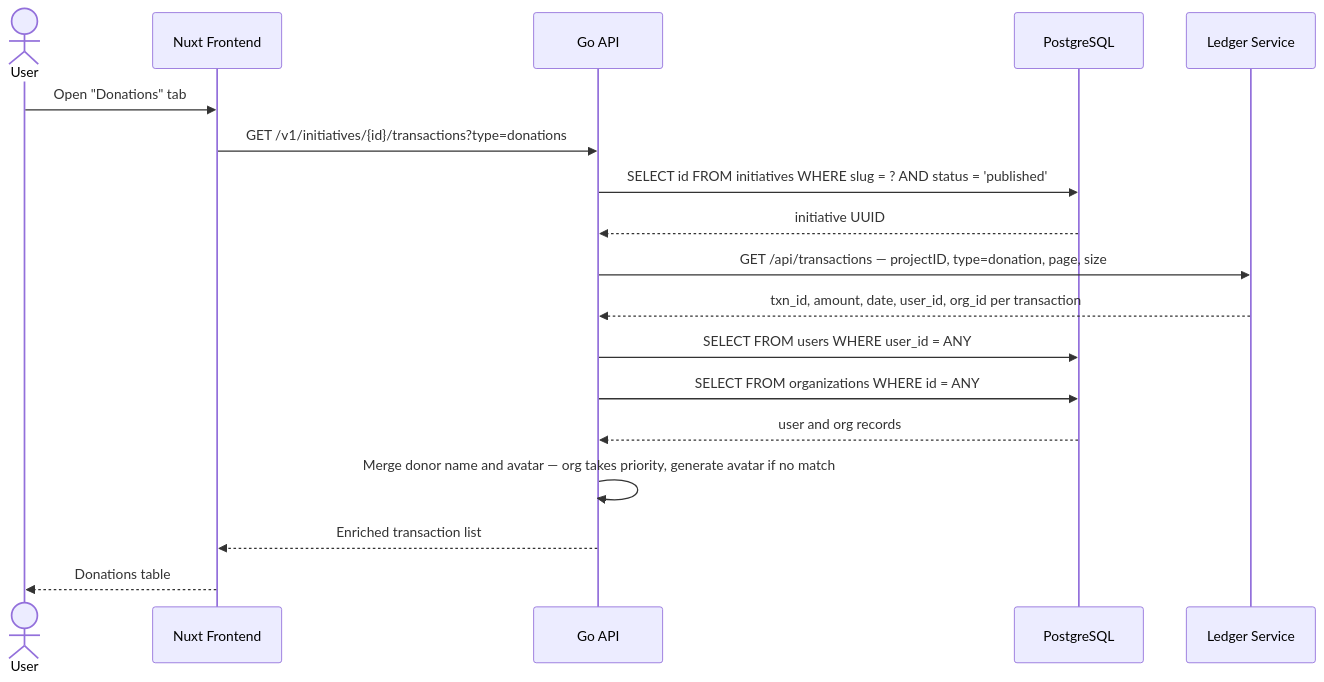
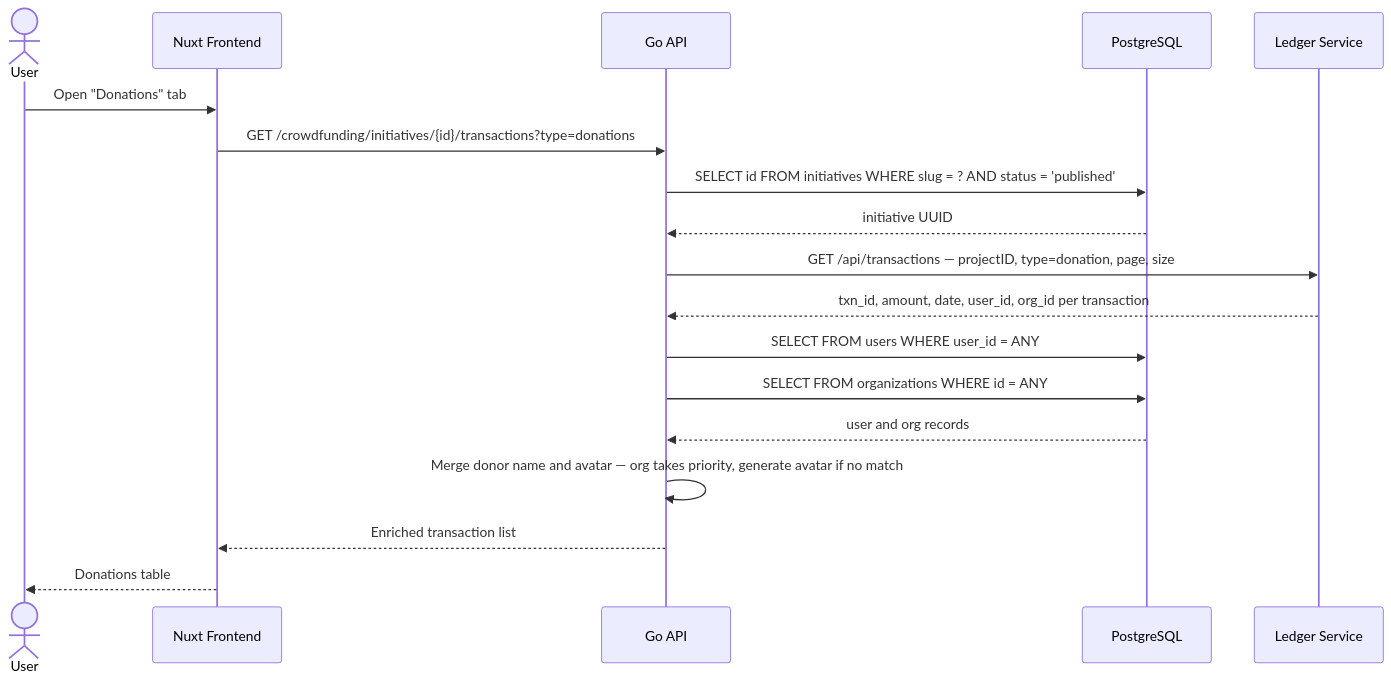
Before and after one commit to linuxfoundation/lfx-crowdfunding: the seventh of 8 diagrams in docs/architecture.md, drawn with Mermaid. The commit also changed other lines of this file and 92 other files, not shown here.

First line of the commit message:
feat(api): namespace all endpoints under /crowdfunding/

````diff
--- a/docs/architecture.md
+++ b/docs/architecture.md
@@ -370,21 +370,21 @@
 ```mermaid
 sequenceDiagram
     actor User
     participant FE as Nuxt Frontend
     participant API as Go API
     participant DB as PostgreSQL
     participant Ledger as Ledger Service
 
     User->>FE: Open "Donations" tab
-    FE->>API: GET /v1/initiatives/{id}/transactions?type=donations
+    FE->>API: GET /crowdfunding/initiatives/{id}/transactions?type=donations
     API->>DB: SELECT id FROM initiatives WHERE slug = ? AND status = 'published'
     DB-->>API: initiative UUID
     API->>Ledger: GET /api/transactions — projectID, type=donation, page, size
     Ledger-->>API: txn_id, amount, date, user_id, org_id per transaction
     API->>DB: SELECT FROM users WHERE user_id = ANY
     API->>DB: SELECT FROM organizations WHERE id = ANY
     DB-->>API: user and org records
     API->>API: Merge donor name and avatar — org takes priority, generate avatar if no match
     API-->>FE: Enriched transaction list
     FE-->>User: Donations table
 ```
````
